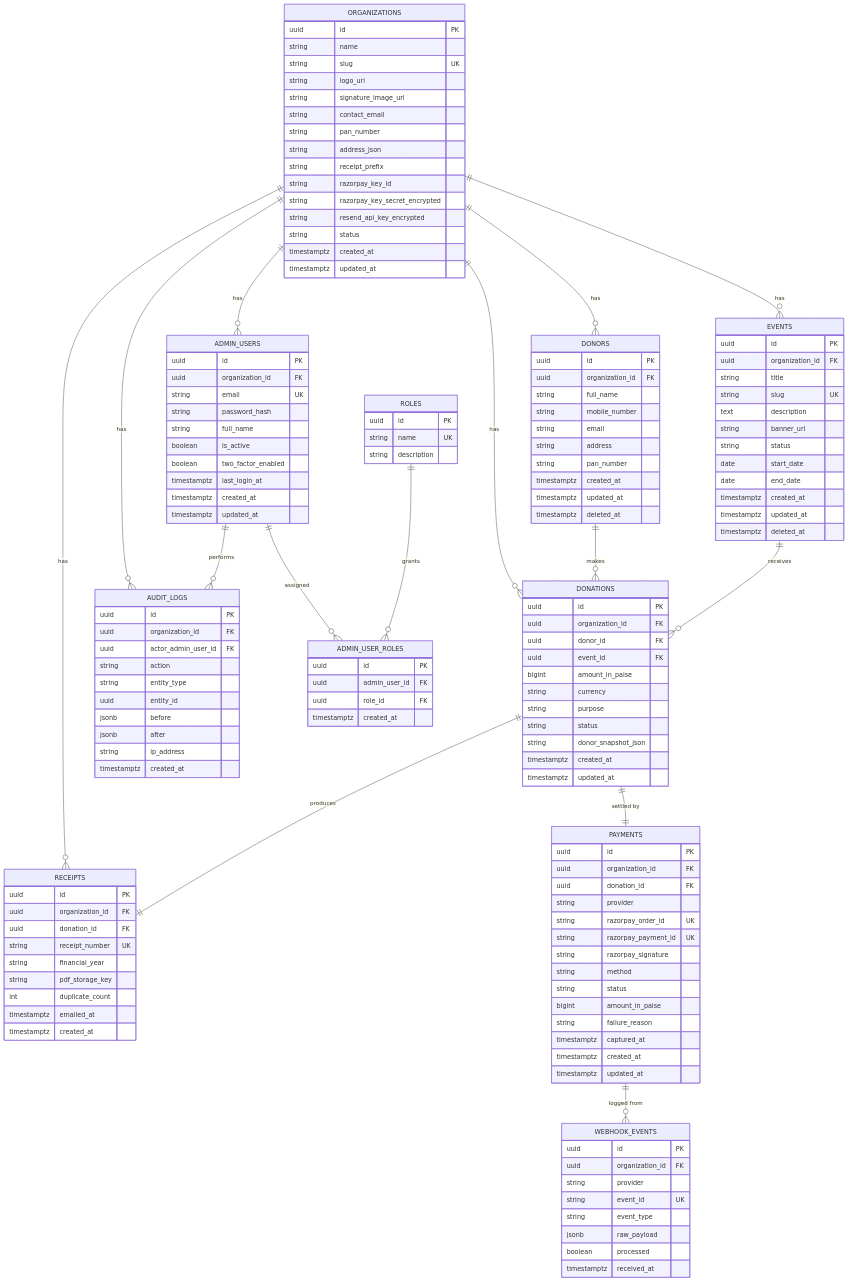
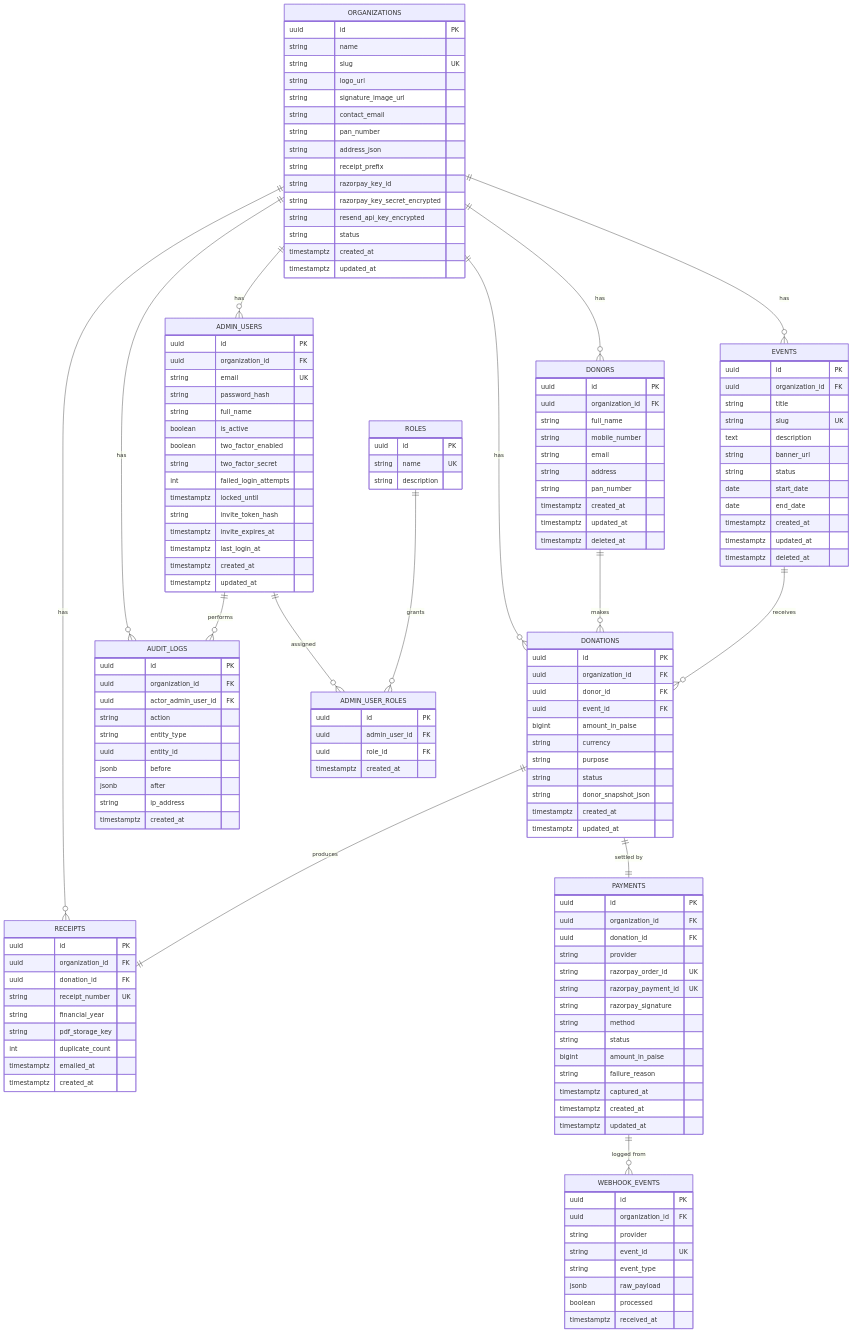
Before and after one commit to anshag1/Donation: the diagram in docs/03-database-schema.md, drawn with Mermaid. The commit also changed other lines of this file and 76 other files, not shown here.

```diff
--- a/docs/03-database-schema.md
+++ b/docs/03-database-schema.md
@@ -75,6 +75,11 @@
         string full_name
         boolean is_active
         boolean two_factor_enabled
+        string two_factor_secret
+        int failed_login_attempts
+        timestamptz locked_until
+        string invite_token_hash
+        timestamptz invite_expires_at
         timestamptz last_login_at
         timestamptz created_at
         timestamptz updated_at
```
